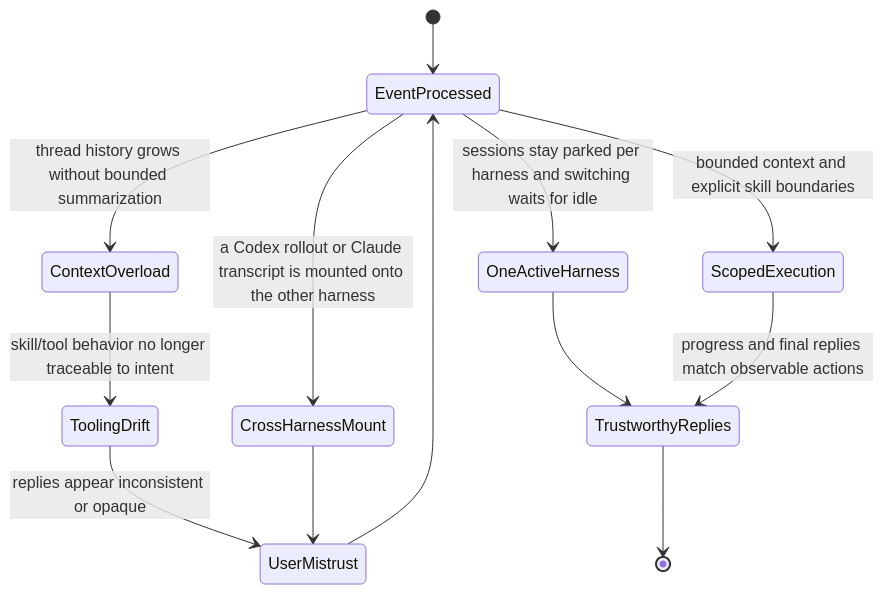
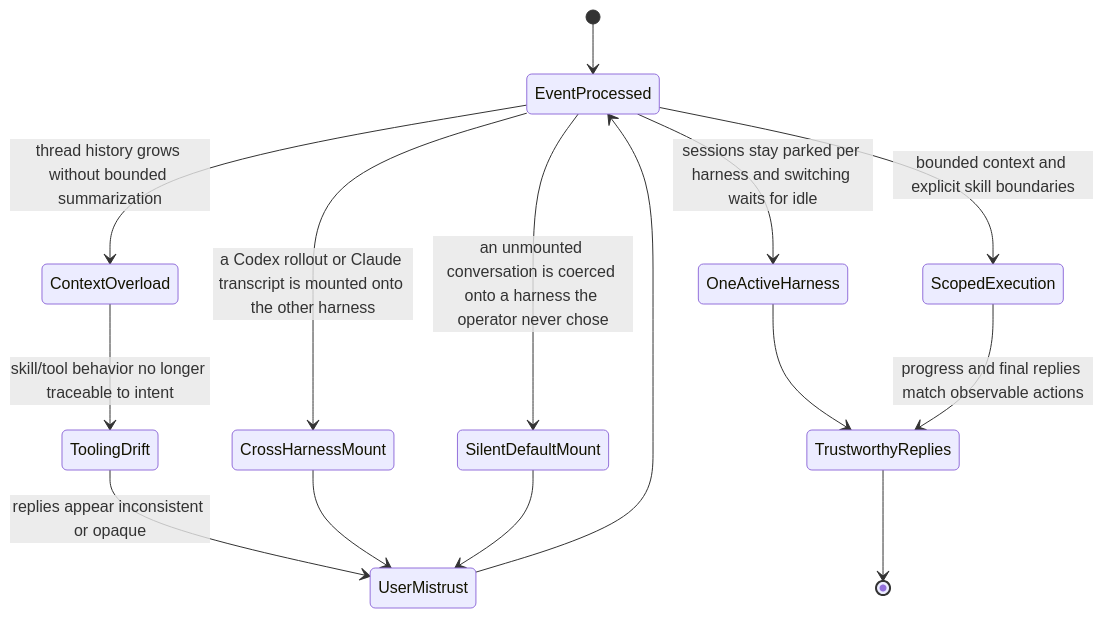
One commit to eaucoin/alasio changed the third of 3 diagrams in README.md. Above: the diagram before and after it, drawn with Mermaid. The commit also changed other lines of this file and 19 other files, not shown here.

````diff
--- a/README.md
+++ b/README.md
@@ -132,15 +133,17 @@
 ```mermaid
 stateDiagram-v2
   [*] --> EventProcessed
   EventProcessed --> ContextOverload: thread history grows without bounded summarization
   ContextOverload --> ToolingDrift: skill/tool behavior no longer traceable to intent
   ToolingDrift --> UserMistrust: replies appear inconsistent or opaque
   UserMistrust --> EventProcessed
   EventProcessed --> CrossHarnessMount: a Codex rollout or Claude transcript is mounted onto the other harness
   CrossHarnessMount --> UserMistrust
+  EventProcessed --> SilentDefaultMount: an unmounted conversation is coerced onto a harness the operator never chose
+  SilentDefaultMount --> UserMistrust
   EventProcessed --> ScopedExecution: bounded context and explicit skill boundaries
   EventProcessed --> OneActiveHarness: sessions stay parked per harness and switching waits for idle
   OneActiveHarness --> TrustworthyReplies
   ScopedExecution --> TrustworthyReplies: progress and final replies match observable actions
   TrustworthyReplies --> [*]
 ```
````
